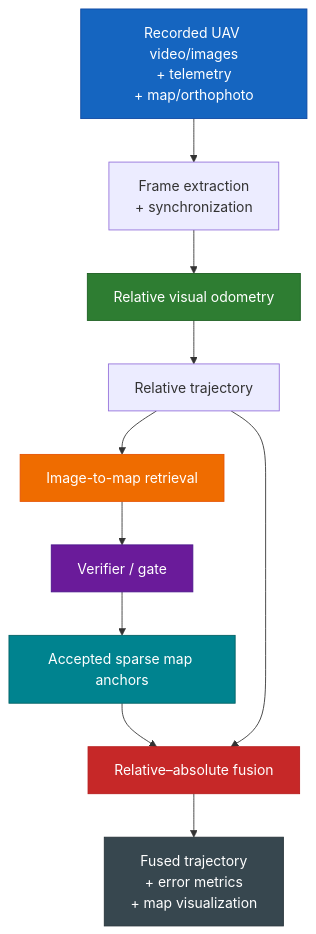
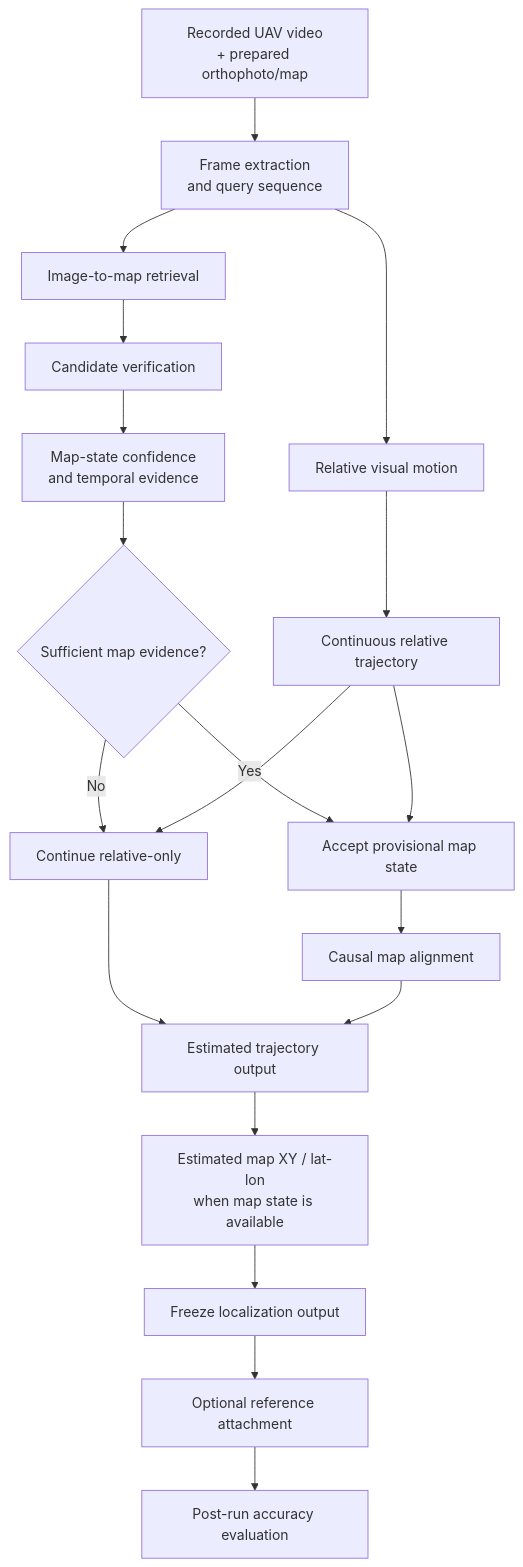
One commit to Harishprabhu30/drone-localisation changed the diagram in README.md. Above: the diagram before and after it, drawn with Mermaid. The commit also changed other lines of this file, not shown here.

````diff
--- a/README.md
+++ b/README.md
@@ -19,30 +60,29 @@
 ```mermaid
 flowchart TD
-    A[Recorded UAV video/images<br/>+ telemetry<br/>+ map/orthophoto]
-    B[Frame extraction<br/>+ synchronization]
-    C[Relative visual odometry]
-    D[Relative trajectory]
-    E[Image-to-map retrieval]
-    F[Verifier / gate]
-    G[Accepted sparse map anchors]
-    H[Relative–absolute fusion]
-    I[Fused trajectory<br/>+ error metrics<br/>+ map visualization]
+    A["Recorded UAV video<br/>+ prepared orthophoto/map"] --> B["Frame extraction<br/>and query sequence"]
 
-    A --> B
-    B --> C
-    C --> D
-    D --> E
-    E --> F
-    F --> G
-    G --> H
-    D --> H
-    H --> I
+    B --> C["Relative visual motion"]
+    C --> D["Continuous relative trajectory"]
 
-    style A fill:#1565c0,color:white,stroke:#0d47a1
-    style C fill:#2e7d32,color:white,stroke:#1b5e20
-    style E fill:#ef6c00,color:white,stroke:#e65100
-    style F fill:#6a1b9a,color:white,stroke:#4a148c
-    style G fill:#00838f,color:white,stroke:#006064
-    style H fill:#c62828,color:white,stroke:#b71c1c
-    style I fill:#37474f,color:white,stroke:#263238
+    B --> E["Image-to-map retrieval"]
+    E --> F["Candidate verification"]
+    F --> G["Map-state confidence<br/>and temporal evidence"]
+
+    G --> H{"Sufficient map evidence?"}
+
+    H -- "No" --> I["Continue relative-only"]
+    H -- "Yes" --> J["Accept provisional map state"]
+
+    D --> I
+    D --> J
+
+    I --> K["Estimated trajectory output"]
+    J --> L["Causal map alignment"]
+    L --> K
+
+    K --> M["Estimated map XY / lat-lon<br/>when map state is available"]
+    M --> N["Freeze localization output"]
+
+    N --> O["Optional reference attachment"]
+    O --> P["Post-run accuracy evaluation"]
 ```
````
